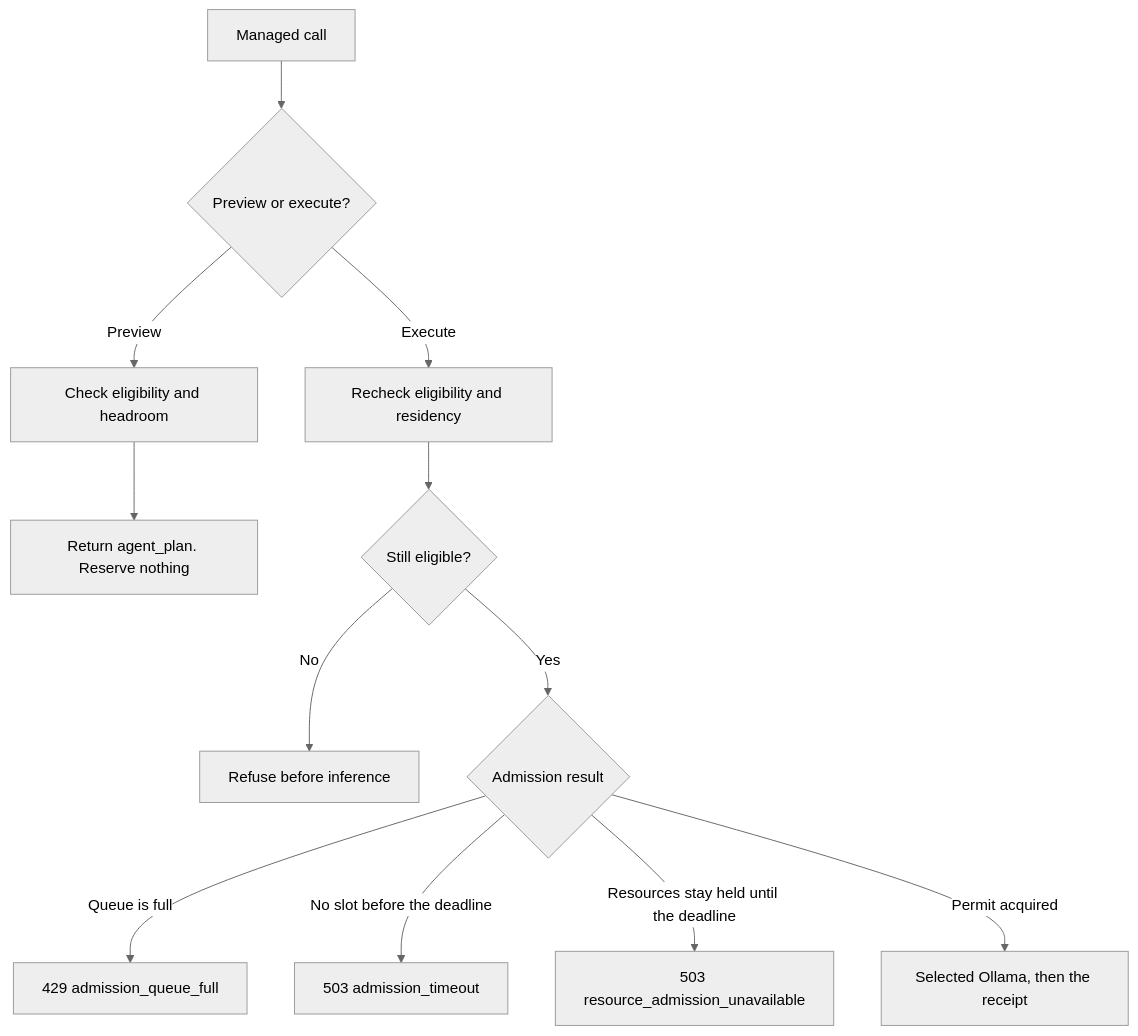
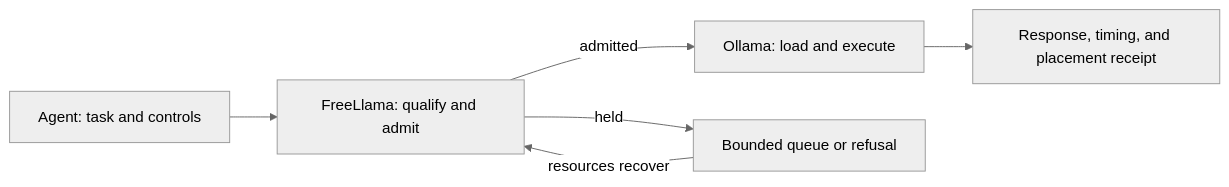
The diagram in README.md (bgauryy/FreeLlama), drawn with Mermaid (neutral theme) before and after one commit. The commit also changed other lines of this file and 1 other file, not shown here.

````diff
--- a/README.md
+++ b/README.md
@@ -578,14 +11,8 @@
 ```mermaid
-flowchart TD
-    CALL["Managed call"] --> MODE{"Preview or execute?"}
-    MODE -->|"Preview"| PLAN["Check eligibility and headroom"]
-    PLAN --> ADVICE["Return agent_plan. Reserve nothing"]
-    MODE -->|"Execute"| RECHECK["Recheck eligibility and residency"]
-    RECHECK --> FIT{"Still eligible?"}
-    FIT -->|"No"| STOP["Refuse before inference"]
-    FIT -->|"Yes"| ADM{"Admission result"}
-    ADM -->|"Queue is full"| FULL["429 admission_queue_full"]
-    ADM -->|"No slot before the deadline"| TIME["503 admission_timeout"]
-    ADM -->|"Resources stay held until the deadline"| HOLD["503 resource_admission_unavailable"]
-    ADM -->|"Permit acquired"| RUN["Selected Ollama, then the receipt"]
+flowchart LR
+    Agent["Agent: task and controls"] --> Check["FreeLlama: qualify and admit"]
+    Check -->|"admitted"| Ollama["Ollama: load and execute"]
+    Check -->|"held"| Wait["Bounded queue or refusal"]
+    Wait -->|"resources recover"| Check
+    Ollama --> Receipt["Response, timing, and placement receipt"]
 ```
````
